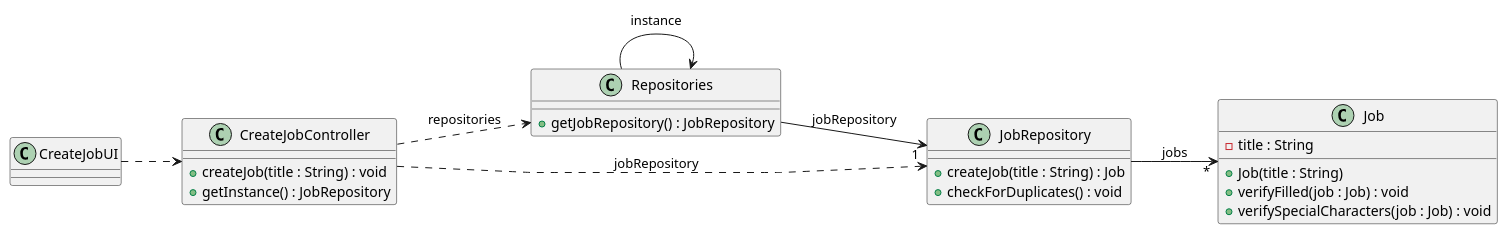
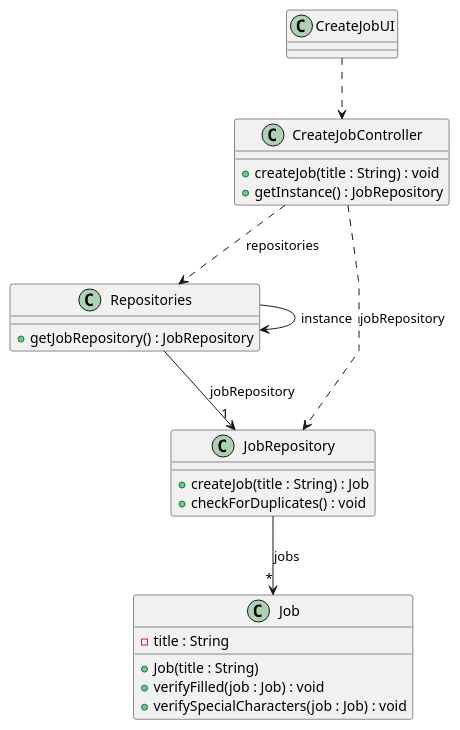
Before and after one commit to ricardomm7/leaflink: the diagram in docs/sprintB/us002/03.design/puml/us002-class-diagram.puml, drawn with PlantUML. The commit also changed 1 other file, not shown here.

Commit message:
LFC2-145 <Started design readme and class diagram.>

```diff
--- a/docs/sprintB/us002/03.design/puml/us002-class-diagram.puml
+++ b/docs/sprintB/us002/03.design/puml/us002-class-diagram.puml
@@ -1,39 +1,39 @@
 @startuml
 skinparam packageStyle rectangle
 skinparam shadowing false
 skinparam linetype polyline
 
-left to right direction
+'left to right direction
 
 class CreateJobUI {
 }
 
 class CreateJobController {
     +createJob(title : String) : void
     +getInstance() : JobRepository
 }
 
 class Repositories {
     +getJobRepository() : JobRepository
 }
 
 class JobRepository {
     +createJob(title : String) : Job
     +checkForDuplicates() : void
 }
 
 class Job {
     - title : String
     + Job(title : String)
     +verifyFilled(job : Job) : void
     +verifySpecialCharacters(job : Job) : void
 }
 
 CreateJobUI ..> CreateJobController
 Repositories --> "1" JobRepository : jobRepository
 Repositories --> Repositories : instance
 JobRepository --> "*" Job : jobs
 CreateJobController ..> Repositories : repositories
 CreateJobController ..> JobRepository : jobRepository
 
 @enduml
```
